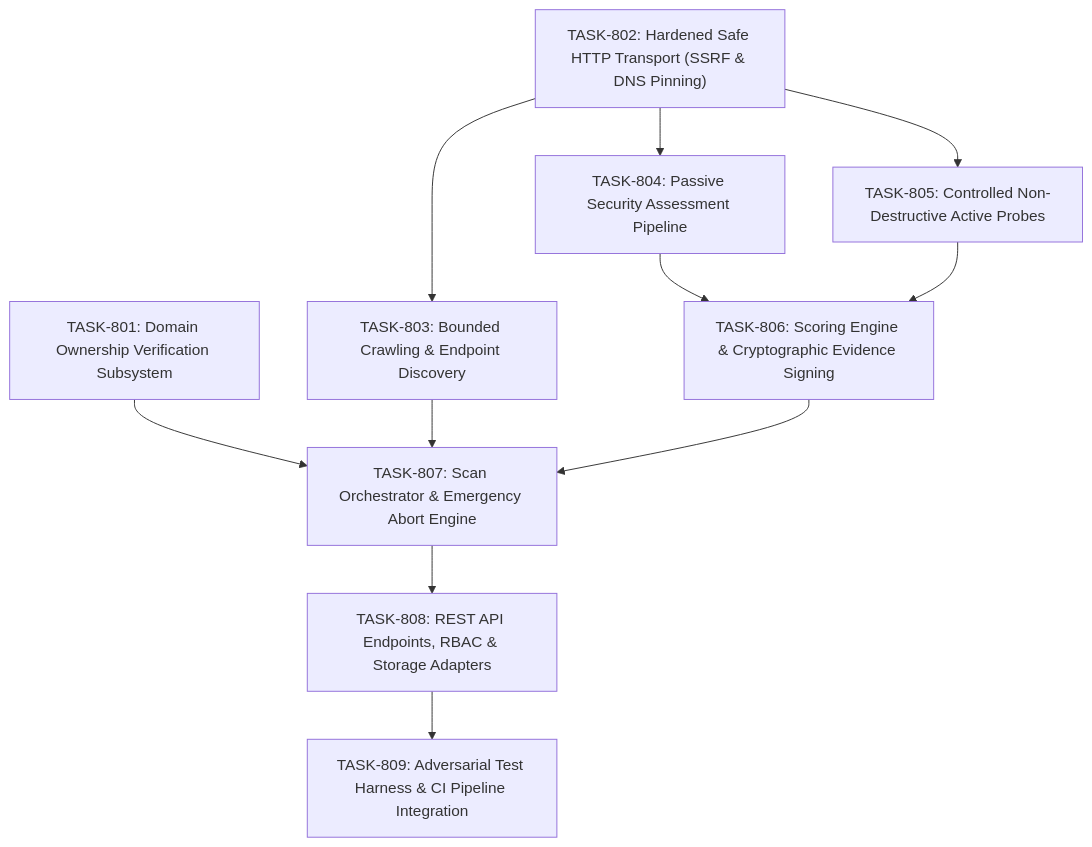
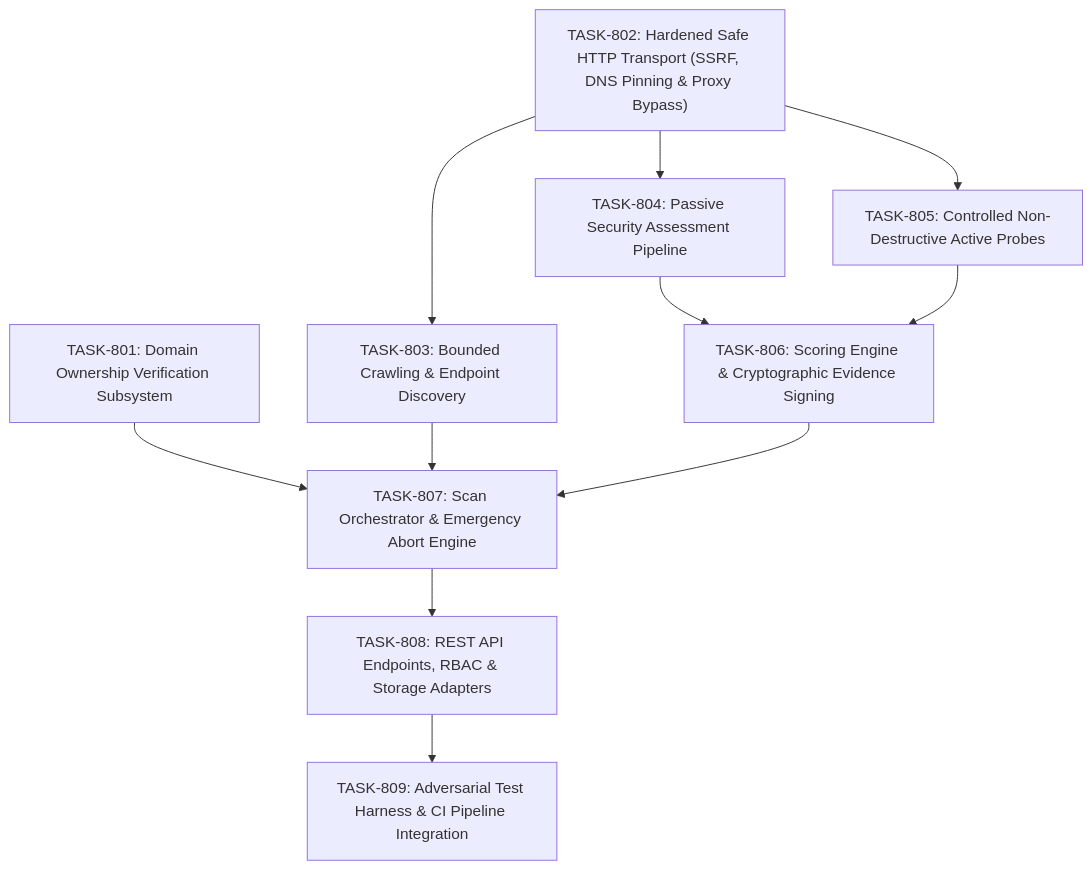
The diagram in specs/phase-8-tasks.md (RohitBhakta07/Veltrix), drawn with Mermaid before and after one commit. The commit also changed other lines of this file and 6 other files, not shown here.

````diff
--- a/specs/phase-8-tasks.md
+++ b/specs/phase-8-tasks.md
@@ -15,23 +15,23 @@
 ```mermaid
 flowchart TD
     TASK801["TASK-801: Domain Ownership Verification Subsystem"]
-    TASK802["TASK-802: Hardened Safe HTTP Transport (SSRF & DNS Pinning)"]
+    TASK802["TASK-802: Hardened Safe HTTP Transport (SSRF, DNS Pinning & Proxy Bypass)"]
     TASK803["TASK-803: Bounded Crawling & Endpoint Discovery"]
     TASK804["TASK-804: Passive Security Assessment Pipeline"]
     TASK805["TASK-805: Controlled Non-Destructive Active Probes"]
     TASK806["TASK-806: Scoring Engine & Cryptographic Evidence Signing"]
     TASK807["TASK-807: Scan Orchestrator & Emergency Abort Engine"]
     TASK808["TASK-808: REST API Endpoints, RBAC & Storage Adapters"]
     TASK809["TASK-809: Adversarial Test Harness & CI Pipeline Integration"]
 
     TASK801 --> TASK807
     TASK802 --> TASK803
     TASK802 --> TASK804
     TASK802 --> TASK805
     TASK803 --> TASK807
     TASK804 --> TASK806
     TASK805 --> TASK806
     TASK806 --> TASK807
     TASK807 --> TASK808
     TASK808 --> TASK809
 ```
````
